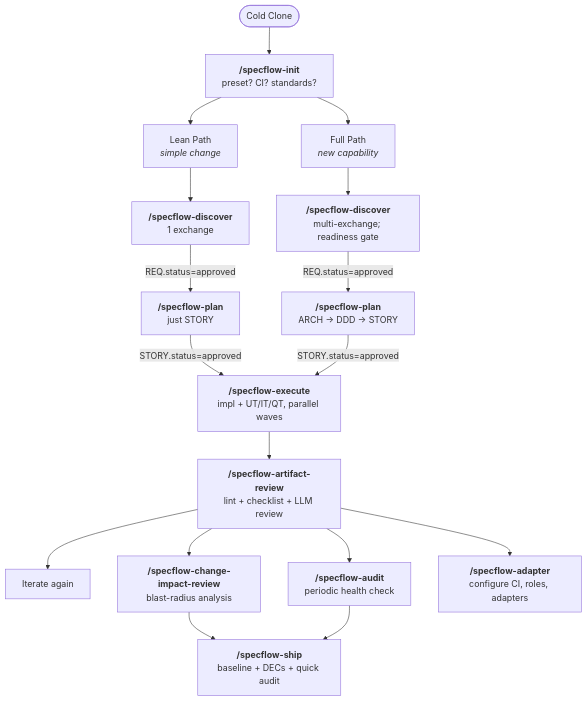
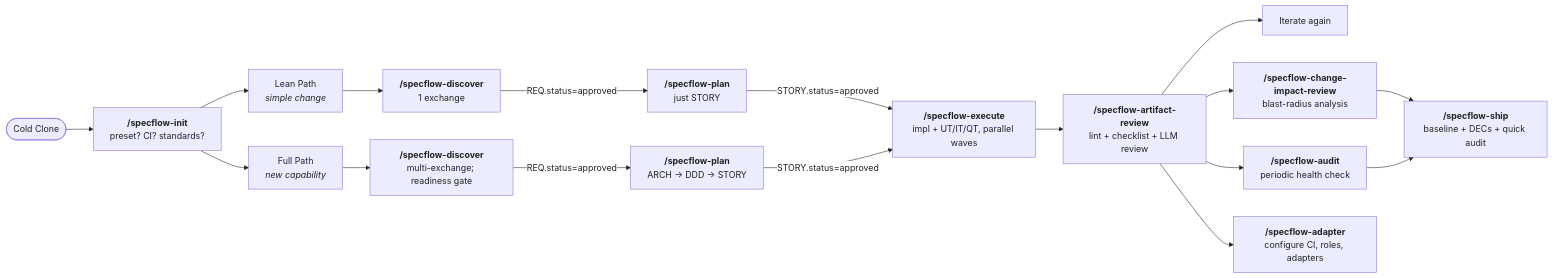
Before and after one commit to Longhuiberkeley/specflow_why: the diagram in slides.md, drawn with Mermaid. The commit also changed other lines of this file, not shown here.

Commit message:
fix: improve Mermaid diagram, resize commands table, and hide Slidev sidebar

````diff
--- a/slides.md
+++ b/slides.md
@@ -183,26 +183,27 @@
 ```mermaid {theme: 'base'}
-graph TD
+%%{init: {'themeVariables': { 'lineColor': '#222222', 'edgeLabelBackground': '#ffffff', 'textColor': '#222222'}}}%%
+graph LR
     Start([Cold Clone]) --> Init[<b>/specflow-init</b><br/>preset? CI? standards?]
     
     Init --> Lean[Lean Path<br/><i>simple change</i>]
     Init --> Full[Full Path<br/><i>new capability</i>]
     
     Lean --> DiscLean[<b>/specflow-discover</b><br/>1 exchange]
     Full --> DiscFull[<b>/specflow-discover</b><br/>multi-exchange; readiness gate]
     
     DiscLean -- REQ.status=approved --> PlanLean[<b>/specflow-plan</b><br/>just STORY]
     DiscFull -- REQ.status=approved --> PlanFull[<b>/specflow-plan</b><br/>ARCH → DDD → STORY]
     
     PlanLean -- STORY.status=approved --> Exec[<b>/specflow-execute</b><br/>impl + UT/IT/QT, parallel waves]
     PlanFull -- STORY.status=approved --> Exec
     
     Exec --> Review[<b>/specflow-artifact-review</b><br/>lint + checklist + LLM review]
     
     Review --> Iterate[Iterate again]
     Review --> Impact[<b>/specflow-change-impact-review</b><br/>blast-radius analysis]
     Review --> Audit[<b>/specflow-audit</b><br/>periodic health check]
     Review --> Adapter[<b>/specflow-adapter</b><br/>configure CI, roles, adapters]
     
     Impact --> Ship[<b>/specflow-ship</b><br/>baseline + DECs + quick audit]
     Audit --> Ship
 ```
````
